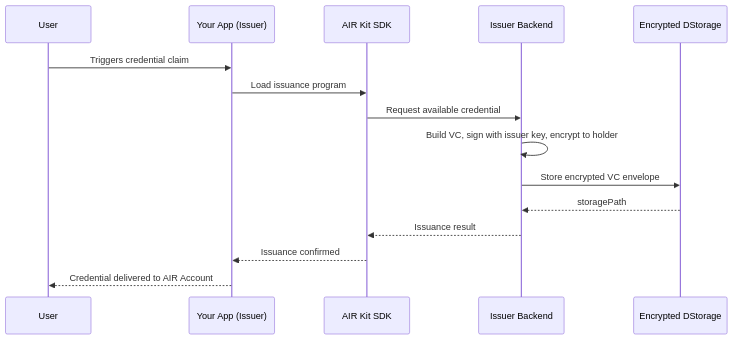
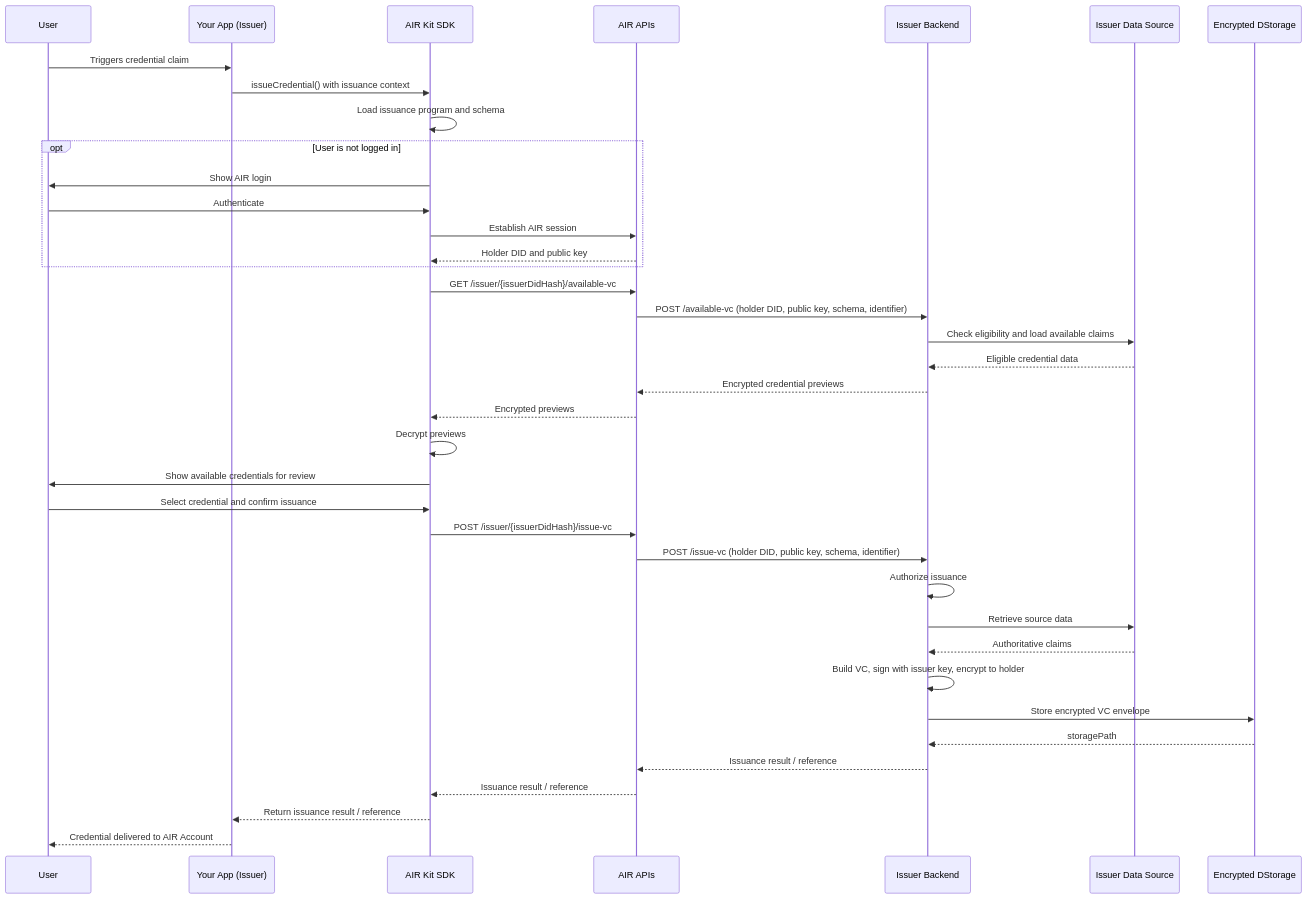
The second of 2 diagrams in airkit/guides/overview.mdx (MocaNetwork/docs), drawn with Mermaid before and after one commit. The commit also changed other lines of this file, not shown here.

First line of the commit message:
Feat: Upgrade Airkit overview flow to meet latest updates (#31)

````diff
--- a/airkit/guides/overview.mdx
+++ b/airkit/guides/overview.mdx
@@ -62,18 +43,41 @@
 ```mermaid
 sequenceDiagram
     participant U as User
     participant App as Your App (Issuer)
     participant SDK as AIR Kit SDK
+    participant AIR as AIR APIs
     participant Iss as Issuer Backend
+    participant Data as Issuer Data Source
     participant DS as Encrypted DStorage
 
     U->>App: Triggers credential claim
-    App->>SDK: Load issuance program
-    SDK->>Iss: Request available credential
+    App->>SDK: issueCredential() with issuance context
+    SDK->>SDK: Load issuance program and schema
+    opt User is not logged in
+        SDK->>U: Show AIR login
+        U->>SDK: Authenticate
+        SDK->>AIR: Establish AIR session
+        AIR-->>SDK: Holder DID and public key
+    end
+    SDK->>AIR: GET /issuer/{issuerDidHash}/available-vc
+    AIR->>Iss: POST /available-vc (holder DID, public key, schema, identifier)
+    Iss->>Data: Check eligibility and load available claims
+    Data-->>Iss: Eligible credential data
+    Iss-->>AIR: Encrypted credential previews
+    AIR-->>SDK: Encrypted previews
+    SDK->>SDK: Decrypt previews
+    SDK->>U: Show available credentials for review
+    U->>SDK: Select credential and confirm issuance
+    SDK->>AIR: POST /issuer/{issuerDidHash}/issue-vc
+    AIR->>Iss: POST /issue-vc (holder DID, public key, schema, identifier)
+    Iss->>Iss: Authorize issuance
+    Iss->>Data: Retrieve source data
+    Data-->>Iss: Authoritative claims
     Iss->>Iss: Build VC, sign with issuer key, encrypt to holder
     Iss->>DS: Store encrypted VC envelope
     DS-->>Iss: storagePath
-    Iss-->>SDK: Issuance result
-    SDK-->>App: Issuance confirmed
+    Iss-->>AIR: Issuance result / reference
+    AIR-->>SDK: Issuance result / reference
+    SDK-->>App: Return issuance result / reference
     App-->>U: Credential delivered to AIR Account
 ```
````
